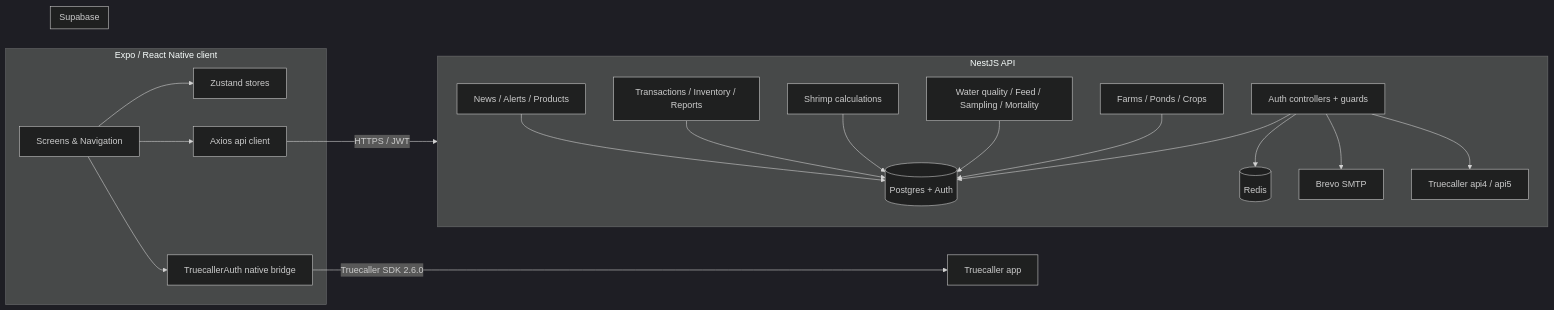
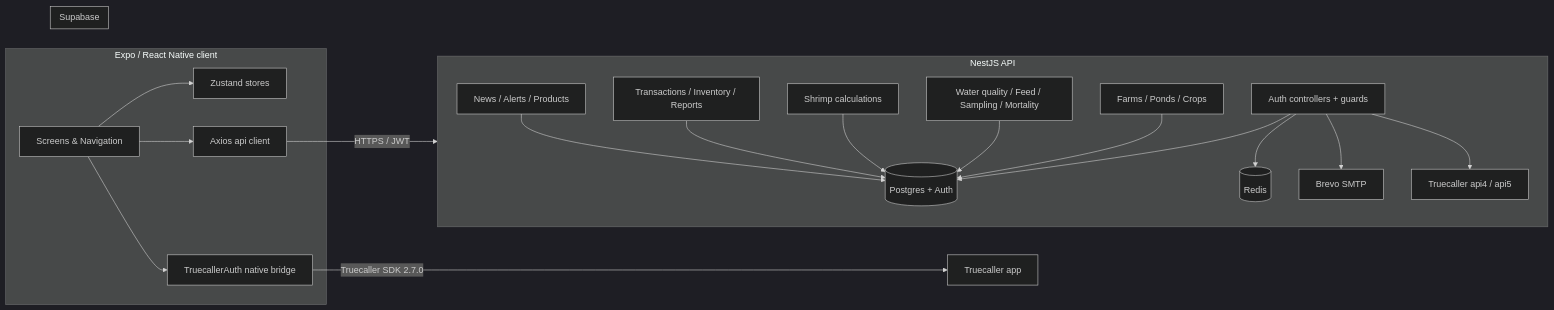
The diagram in README.md (Upcheck-India/Upcheckapp), drawn with Mermaid (dark theme) before and after one commit. The commit also changed other lines of this file and 32 other files, not shown here.

````diff
--- a/README.md
+++ b/README.md
@@ -140,37 +140,37 @@
 ```mermaid
 flowchart LR
     subgraph Client["Expo / React Native client"]
         Screens[Screens & Navigation]
         Store[Zustand stores]
         ApiClient[Axios api client]
         TCBridge[TruecallerAuth native bridge]
         Screens --> Store
         Screens --> ApiClient
         Screens --> TCBridge
     end
 
     subgraph Backend["NestJS API"]
         Auth[Auth controllers + guards]
         Farms[Farms / Ponds / Crops]
         Ops[Water quality / Feed / Sampling / Mortality]
         Calc[Shrimp calculations]
         Fin[Transactions / Inventory / Reports]
         Misc[News / Alerts / Products]
         Auth --> Supabase
         Farms --> Supabase
         Ops --> Supabase
         Calc --> Supabase
         Fin --> Supabase
         Misc --> Supabase
         Auth --> Redis[(Redis)]
         Auth --> Brevo[Brevo SMTP]
         Auth --> TCAPIs[Truecaller api4 / api5]
     end
 
     subgraph SupabaseCloud["Supabase"]
         Supabase[(Postgres + Auth)]
     end
 
     ApiClient -- HTTPS / JWT --> Backend
-    TCBridge -- Truecaller SDK 2.6.0 --> TCApp[Truecaller app]
+    TCBridge -- Truecaller SDK 2.7.0 --> TCApp[Truecaller app]
 ```
````
